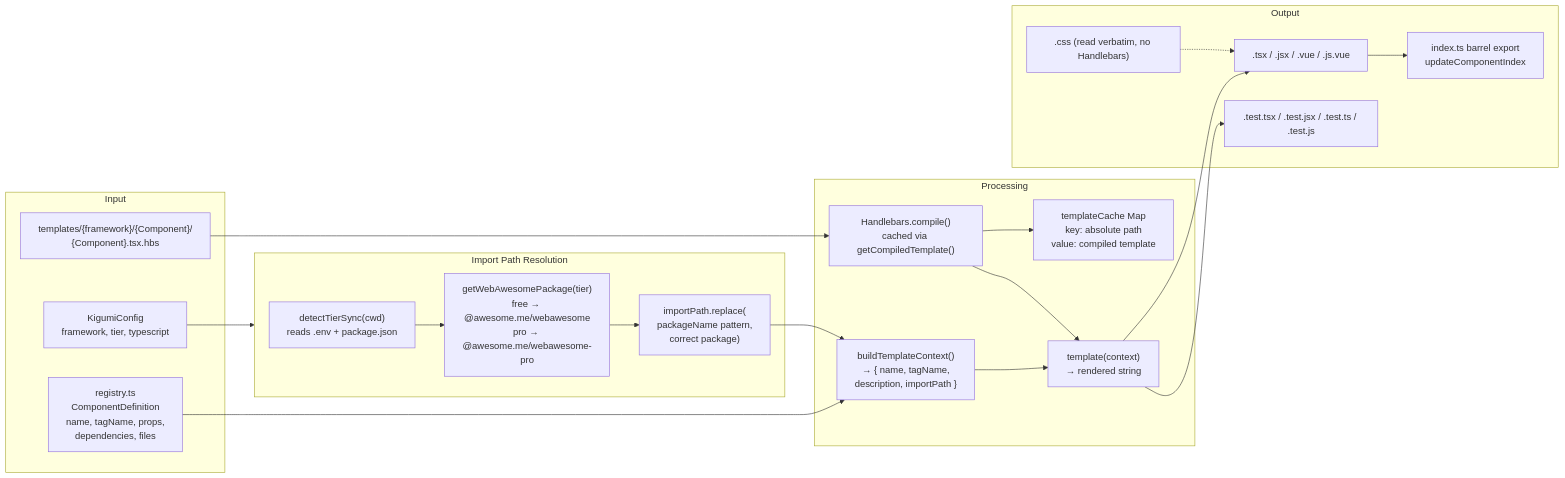
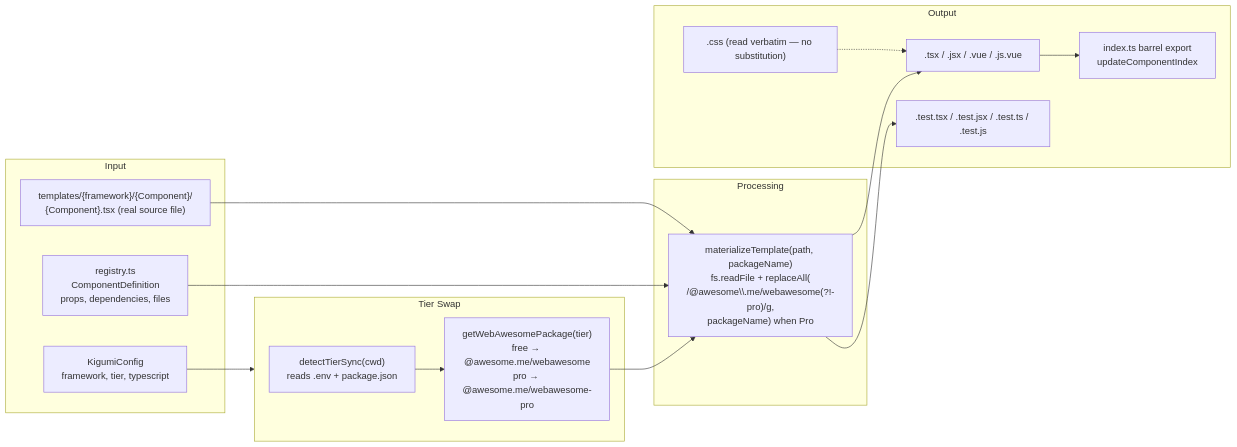
The third of 4 diagrams in AGENTS.md (kigumi-ui/kigumi-cli), drawn with Mermaid before and after one commit. The commit also changed other lines of this file and 1229 other files, not shown here.

First line of the commit message:
feat(templates): remove Handlebars (#121)

````diff
--- a/AGENTS.md
+++ b/AGENTS.md
@@ -556,39 +558,32 @@
 ```mermaid
 flowchart LR
     subgraph Input
-        HBS["templates/{framework}/{Component}/\n{Component}.tsx.hbs"]
-        REG["registry.ts\nComponentDefinition\nname, tagName, props,\ndependencies, files"]
+        SRC["templates/{framework}/{Component}/\n{Component}.tsx (real source file)"]
+        REG["registry.ts\nComponentDefinition\nprops, dependencies, files"]
         CFG["KigumiConfig\nframework, tier, typescript"]
     end
 
-    subgraph TierResolution["Import Path Resolution"]
+    subgraph TierResolution["Tier Swap"]
         DETECT["detectTierSync(cwd)\nreads .env + package.json"]
         PKG["getWebAwesomePackage(tier)\nfree → @awesome.me/webawesome\npro → @awesome.me/webawesome-pro"]
-        REPLACE["importPath.replace(\npackageName pattern,\ncorrect package)"]
     end
 
     subgraph Processing
-        CTX["buildTemplateContext()\n→ { name, tagName,\ndescription, importPath }"]
-        CACHE["templateCache Map\nkey: absolute path\nvalue: compiled template"]
-        COMPILE["Handlebars.compile()\ncached via getCompiledTemplate()"]
-        RENDER["template(context)\n→ rendered string"]
+        READ["materializeTemplate(path, packageName)\nfs.readFile + replaceAll(\n/@awesome\\.me/webawesome(?!-pro)/g,\npackageName) when Pro"]
     end
 
     subgraph Output
         COMP[".tsx / .jsx / .vue / .js.vue"]
         TEST[".test.tsx / .test.jsx / .test.ts / .test.js"]
-        CSS[".css (read verbatim, no Handlebars)"]
+        CSS[".css (read verbatim — no substitution)"]
         INDEX["index.ts barrel export\nupdateComponentIndex"]
     end
 
-    REG --> CTX
+    REG --> READ
     CFG --> TierResolution
-    DETECT --> PKG --> REPLACE
-    REPLACE --> CTX
-    CTX --> RENDER
-    HBS --> COMPILE --> RENDER
-    COMPILE --> CACHE
-    RENDER --> COMP & TEST
+    DETECT --> PKG --> READ
+    SRC --> READ
+    READ --> COMP & TEST
     CSS -.-> COMP
     COMP --> INDEX
 ```
````
